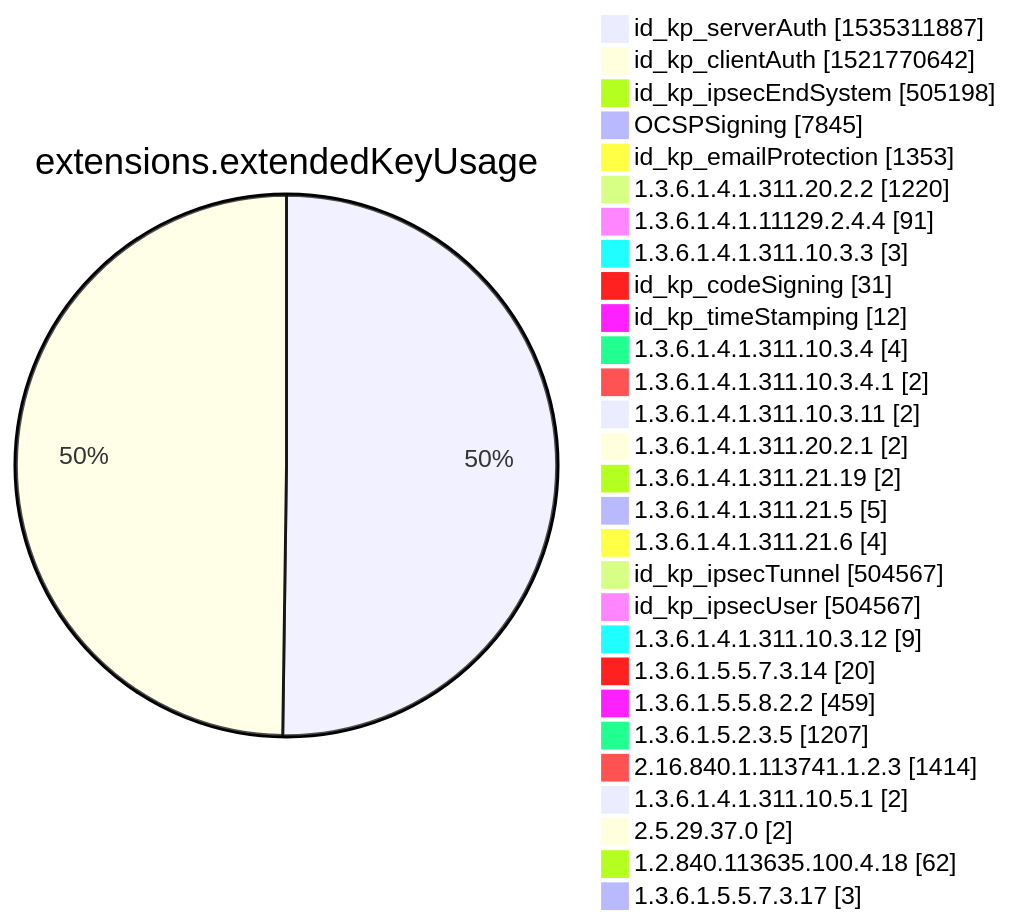
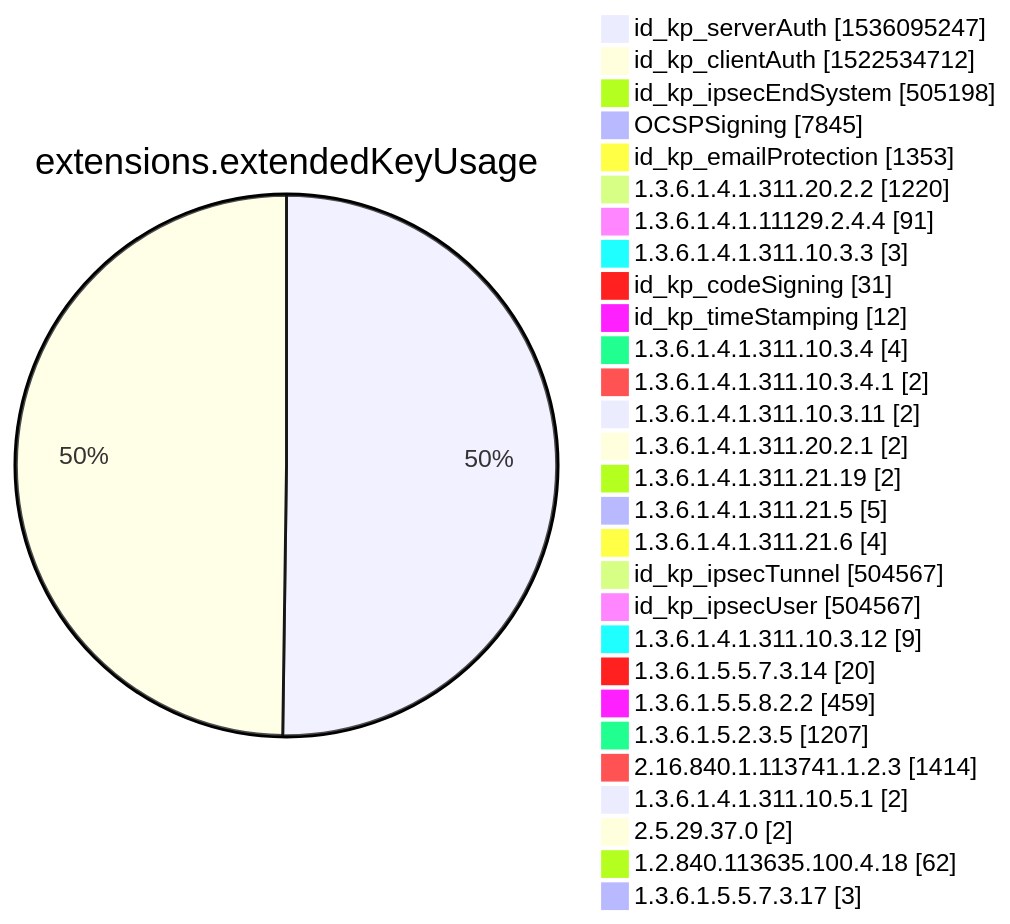
One commit to christiankrug/ctmonitor_visualization changed diagram 12 of 15 in xenon2022/README.md. Above: the diagram before and after it, drawn with Mermaid. The commit also changed other lines of this file, not shown here.

````diff
--- a/xenon2022/README.md
+++ b/xenon2022/README.md
@@ -3880,32 +3880,32 @@
 ```mermaid
 pie showData
 title extensions.extendedKeyUsage
-"id_kp_serverAuth" :1535311887
-"id_kp_clientAuth" :1521770642
+"id_kp_serverAuth" :1536095247
+"id_kp_clientAuth" :1522534712
 "id_kp_ipsecEndSystem" :505198
 "OCSPSigning" :7845
 "id_kp_emailProtection" :1353
 "1.3.6.1.4.1.311.20.2.2" :1220
 "1.3.6.1.4.1.11129.2.4.4" :91
 "1.3.6.1.4.1.311.10.3.3" :3
 "id_kp_codeSigning" :31
 "id_kp_timeStamping" :12
 "1.3.6.1.4.1.311.10.3.4" :4
 "1.3.6.1.4.1.311.10.3.4.1" :2
 "1.3.6.1.4.1.311.10.3.11" :2
 "1.3.6.1.4.1.311.20.2.1" :2
 "1.3.6.1.4.1.311.21.19" :2
 "1.3.6.1.4.1.311.21.5" :5
 "1.3.6.1.4.1.311.21.6" :4
 "id_kp_ipsecTunnel" :504567
 "id_kp_ipsecUser" :504567
 "1.3.6.1.4.1.311.10.3.12" :9
 "1.3.6.1.5.5.7.3.14" :20
 "1.3.6.1.5.5.8.2.2" :459
 "1.3.6.1.5.2.3.5" :1207
 "2.16.840.1.113741.1.2.3" :1414
 "1.3.6.1.4.1.311.10.5.1" :2
 "2.5.29.37.0" :2
 "1.2.840.113635.100.4.18" :62
 "1.3.6.1.5.5.7.3.17" :3
 ```
````
